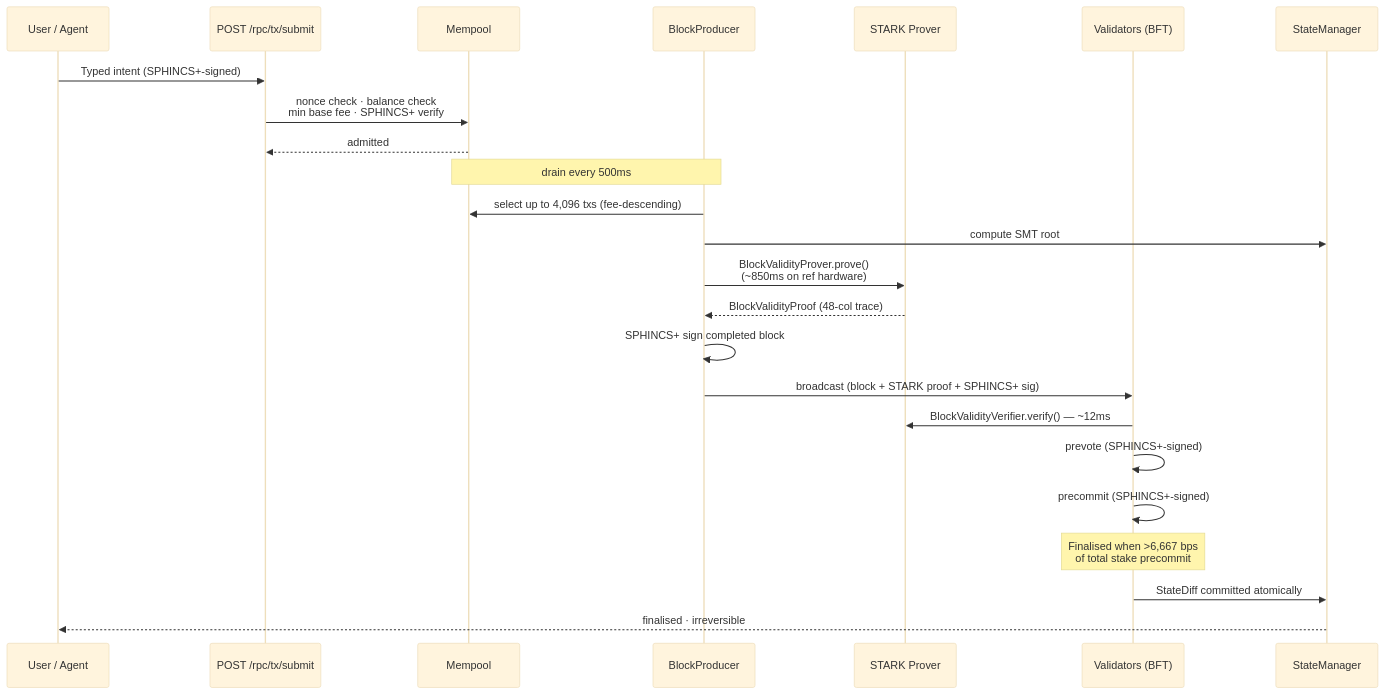
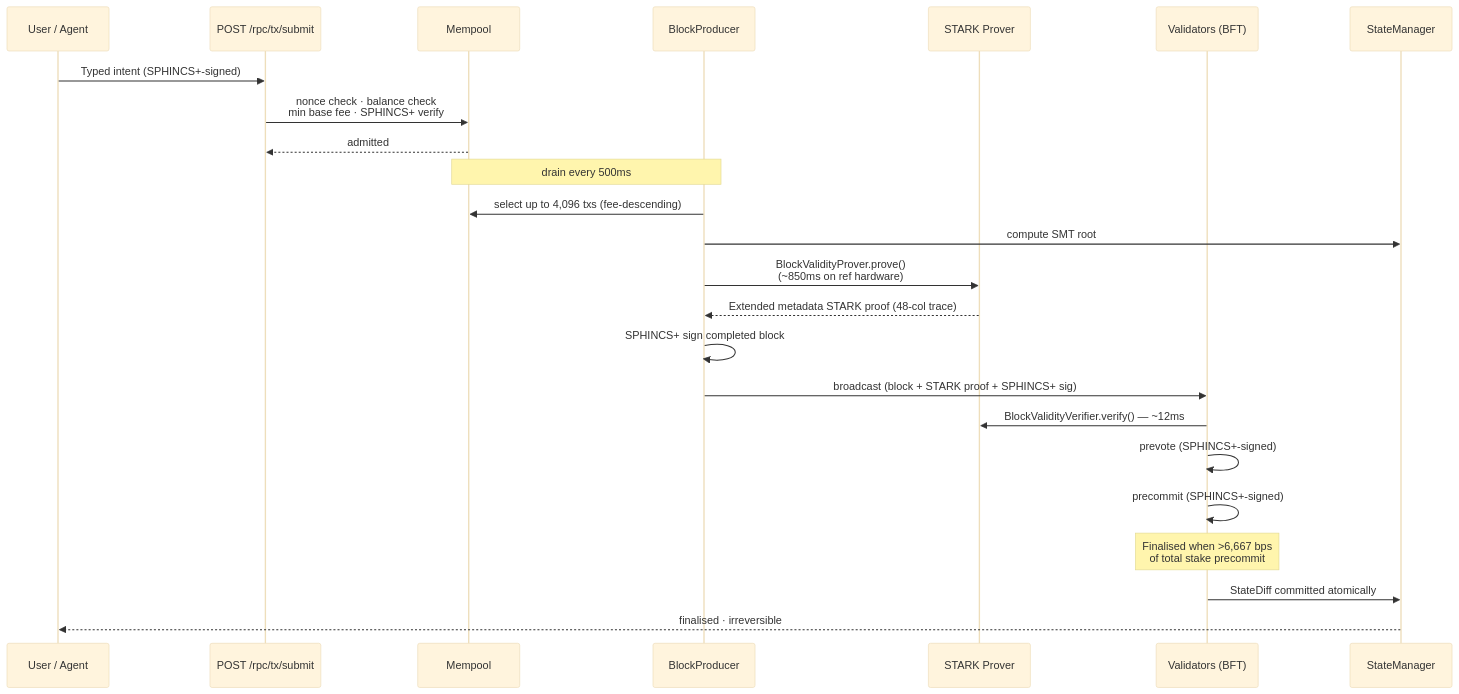
The fourth of 7 diagrams in README.md (BleepEcosystem/BLEEP-v1), drawn with Mermaid (base theme) before and after one commit. The commit also changed other lines of this file and 16 other files, not shown here.

````diff
--- a/README.md
+++ b/README.md
@@ -402,27 +398,27 @@
 ```mermaid
 sequenceDiagram
     participant U as User / Agent
     participant RPC as POST /rpc/tx/submit
     participant MEM as Mempool
     participant BP as BlockProducer
     participant ZK as STARK Prover
     participant VAL as Validators (BFT)
     participant ST as StateManager
 
     U->>RPC: Typed intent (SPHINCS+-signed)
     RPC->>MEM: nonce check · balance check<br/>min base fee · SPHINCS+ verify
     MEM-->>RPC: admitted
     Note over MEM,BP: drain every 500ms
     BP->>MEM: select up to 4,096 txs (fee-descending)
     BP->>ST: compute SMT root
     BP->>ZK: BlockValidityProver.prove()<br/>(~850ms on ref hardware)
-    ZK-->>BP: BlockValidityProof (48-col trace)
+    ZK-->>BP: Extended metadata STARK proof (48-col trace)
     BP->>BP: SPHINCS+ sign completed block
     BP->>VAL: broadcast (block + STARK proof + SPHINCS+ sig)
     VAL->>ZK: BlockValidityVerifier.verify() — ~12ms
     VAL->>VAL: prevote (SPHINCS+-signed)
     VAL->>VAL: precommit (SPHINCS+-signed)
     Note over VAL: Finalised when >6,667 bps<br/>of total stake precommit
     VAL->>ST: StateDiff committed atomically
     ST-->>U: finalised · irreversible
 ```
````
